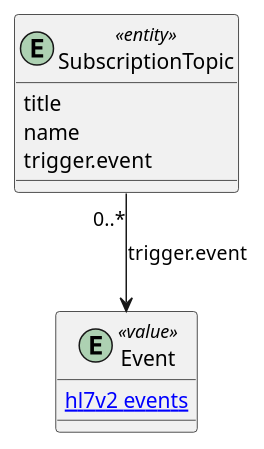
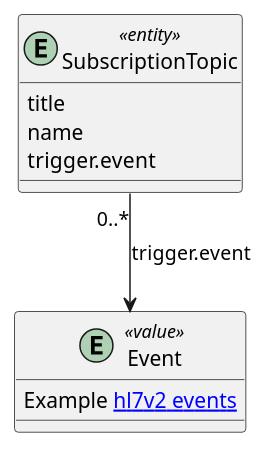
The diagram in input/images-source/entity-subscription-topic.plantuml (NHSDigital/national-imaging-repository-specification), drawn with PlantUML before and after one commit.

Commit message:
Royal College of Radiologists mapping

```diff
--- a/input/images-source/entity-subscription-topic.plantuml
+++ b/input/images-source/entity-subscription-topic.plantuml
@@ -1,16 +1,16 @@
 @startuml
 
 entity SubscriptionTopic <<entity>> {
 title
 name
 trigger.event
 }
 
 
 entity Event <<value>> {
-[[https://terminology.hl7.org/6.0.2/ValueSet-v2-0003.html hl7v2 events]]
+Example [[https://terminology.hl7.org/6.0.2/ValueSet-v2-0003.html hl7v2 events]]
 }
 
 SubscriptionTopic "0..*" --> Event : trigger.event
 
 @enduml
```
